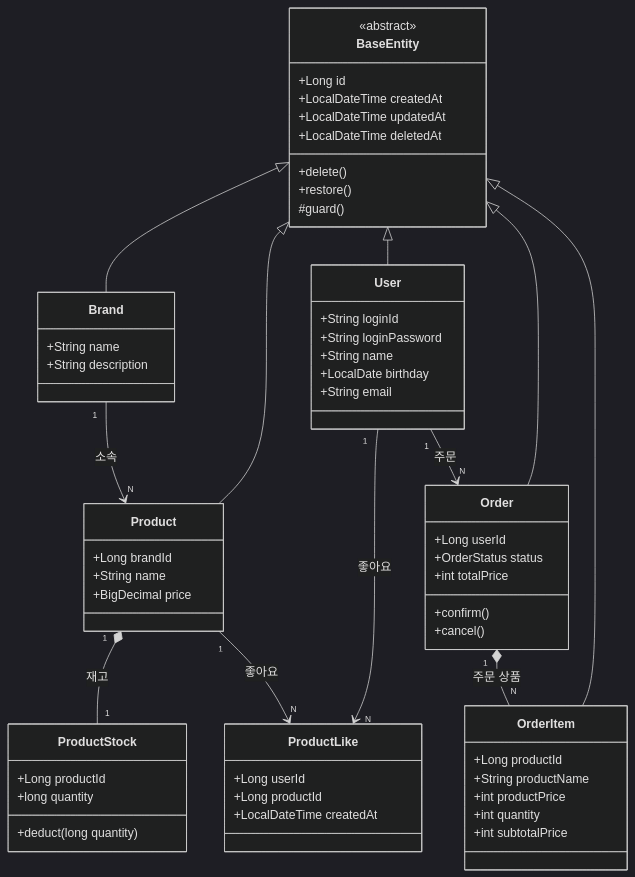
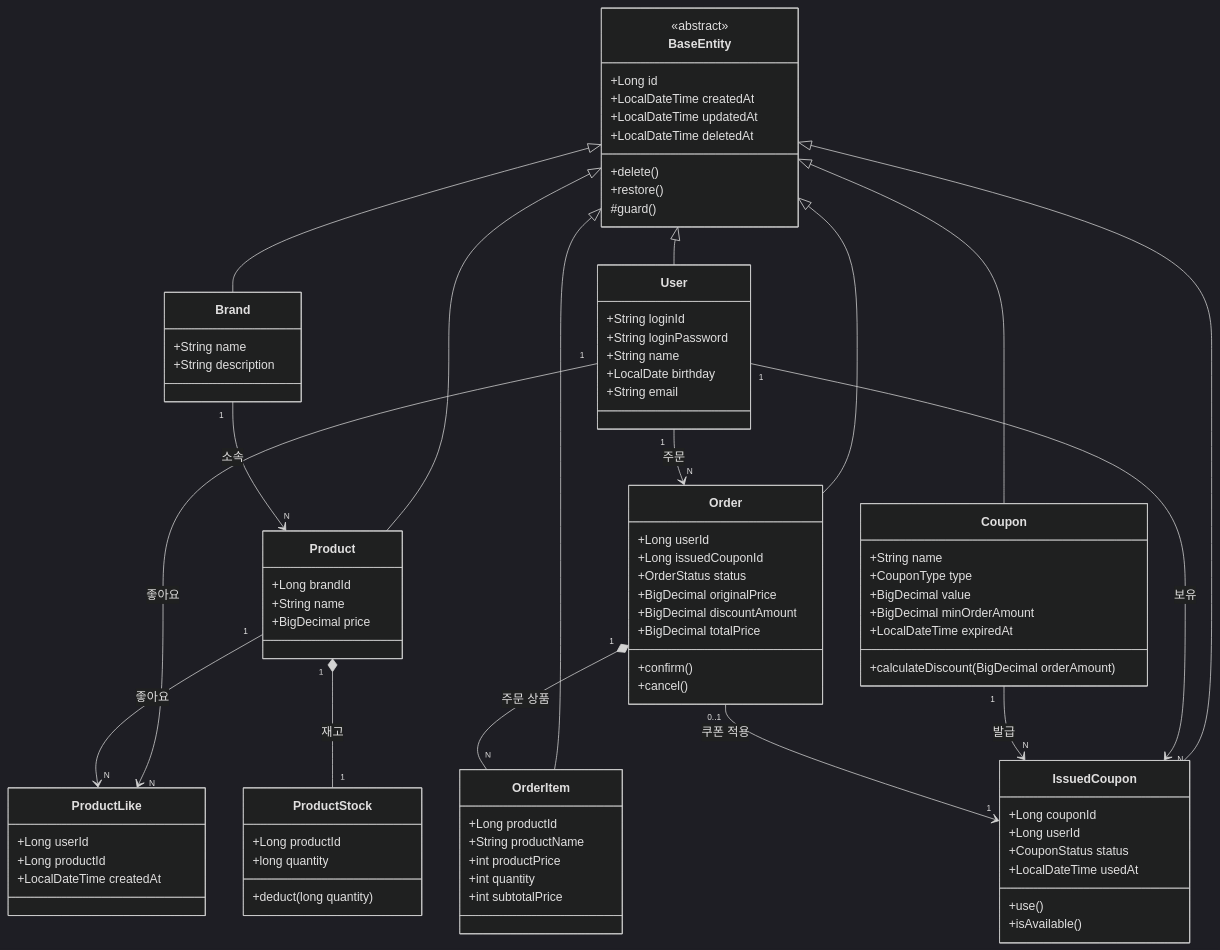
Before and after one commit to loopers-labs/loop-pack-be-l2-vol4-java: the diagram in docs/design/03-class-diagram.md, drawn with Mermaid (dark theme). The commit also changed other lines of this file and 4 other files, not shown here.

````diff
--- a/docs/design/03-class-diagram.md
+++ b/docs/design/03-class-diagram.md
@@ -48,10 +48,31 @@
 
   class Order {
     +Long userId
+    +Long issuedCouponId
     +OrderStatus status
-    +int totalPrice
+    +BigDecimal originalPrice
+    +BigDecimal discountAmount
+    +BigDecimal totalPrice
     +confirm()
     +cancel()
+  }
+
+  class Coupon {
+    +String name
+    +CouponType type
+    +BigDecimal value
+    +BigDecimal minOrderAmount
+    +LocalDateTime expiredAt
+    +calculateDiscount(BigDecimal orderAmount)
+  }
+
+  class IssuedCoupon {
+    +Long couponId
+    +Long userId
+    +CouponStatus status
+    +LocalDateTime usedAt
+    +use()
+    +isAvailable()
   }
 
   class OrderItem {
@@ -67,6 +88,8 @@
   BaseEntity <|-- Product
   BaseEntity <|-- Order
   BaseEntity <|-- OrderItem
+  BaseEntity <|-- Coupon
+  BaseEntity <|-- IssuedCoupon
 
   Brand "1" --> "N" Product : 소속
   Product "1" *-- "1" ProductStock : 재고
@@ -74,5 +97,7 @@
   Product "1" --> "N" ProductLike : 좋아요
   User "1" --> "N" Order : 주문
   Order "1" *-- "N" OrderItem : 주문 상품
-    end
+  User "1" --> "N" IssuedCoupon : 보유
+  Coupon "1" --> "N" IssuedCoupon : 발급
+  Order "0..1" --> "1" IssuedCoupon : 쿠폰 적용
 ```
````
